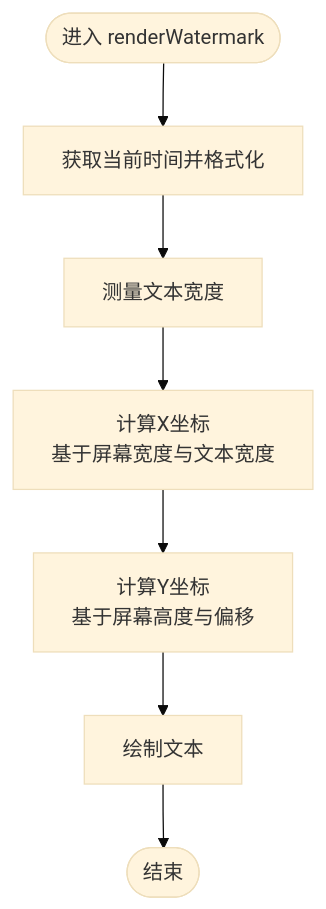
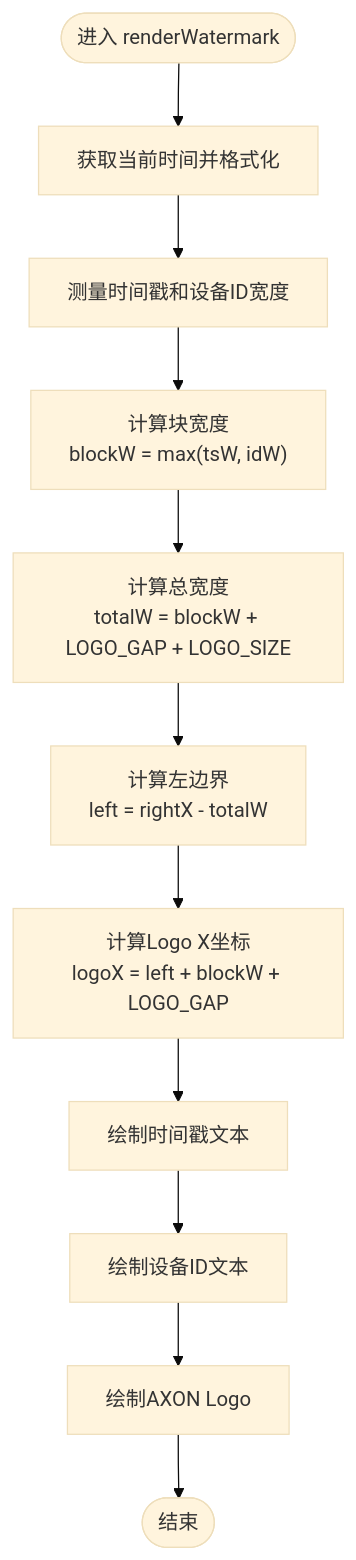
The third of 5 diagrams in .qoder/repowiki/zh/content/核心功能/水印显示功能.md (Manager20211/AxonBodyCam2), drawn with Mermaid (base theme) before and after one commit. The commit also changed other lines of this file and 11 other files, not shown here.

````diff
--- a/.qoder/repowiki/zh/content/核心功能/水印显示功能.md
+++ b/.qoder/repowiki/zh/content/核心功能/水印显示功能.md
@@ -126,9 +157,13 @@
 ```mermaid
 flowchart TD
 Start(["进入 renderWatermark"]) --> GetTime["获取当前时间并格式化"]
-GetTime --> MeasureText["测量文本宽度"]
-MeasureText --> CalcX["计算X坐标<br/>基于屏幕宽度与文本宽度"]
-CalcX --> CalcY["计算Y坐标<br/>基于屏幕高度与偏移"]
-CalcY --> DrawText["绘制文本"]
-DrawText --> End(["结束"])
+GetTime --> MeasureText["测量时间戳和设备ID宽度"]
+MeasureText --> CalcBlockW["计算块宽度<br/>blockW = max(tsW, idW)"]
+CalcBlockW --> CalcTotalW["计算总宽度<br/>totalW = blockW + LOGO_GAP + LOGO_SIZE"]
+CalcTotalW --> CalcLeft["计算左边界<br/>left = rightX - totalW"]
+CalcLeft --> CalcLogoX["计算Logo X坐标<br/>logoX = left + blockW + LOGO_GAP"]
+CalcLogoX --> DrawText["绘制时间戳文本"]
+DrawText --> DrawId["绘制设备ID文本"]
+DrawId --> DrawLogo["绘制AXON Logo"]
+DrawLogo --> End(["结束"])
 ```
````
